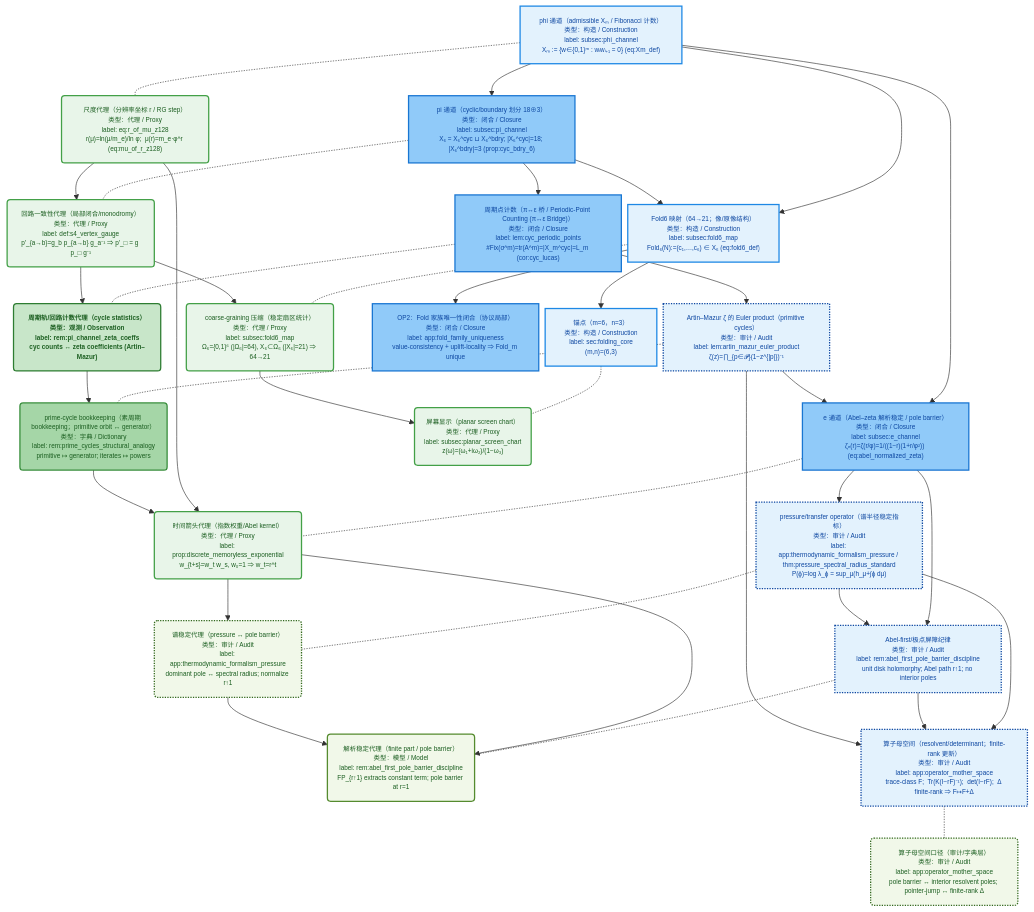
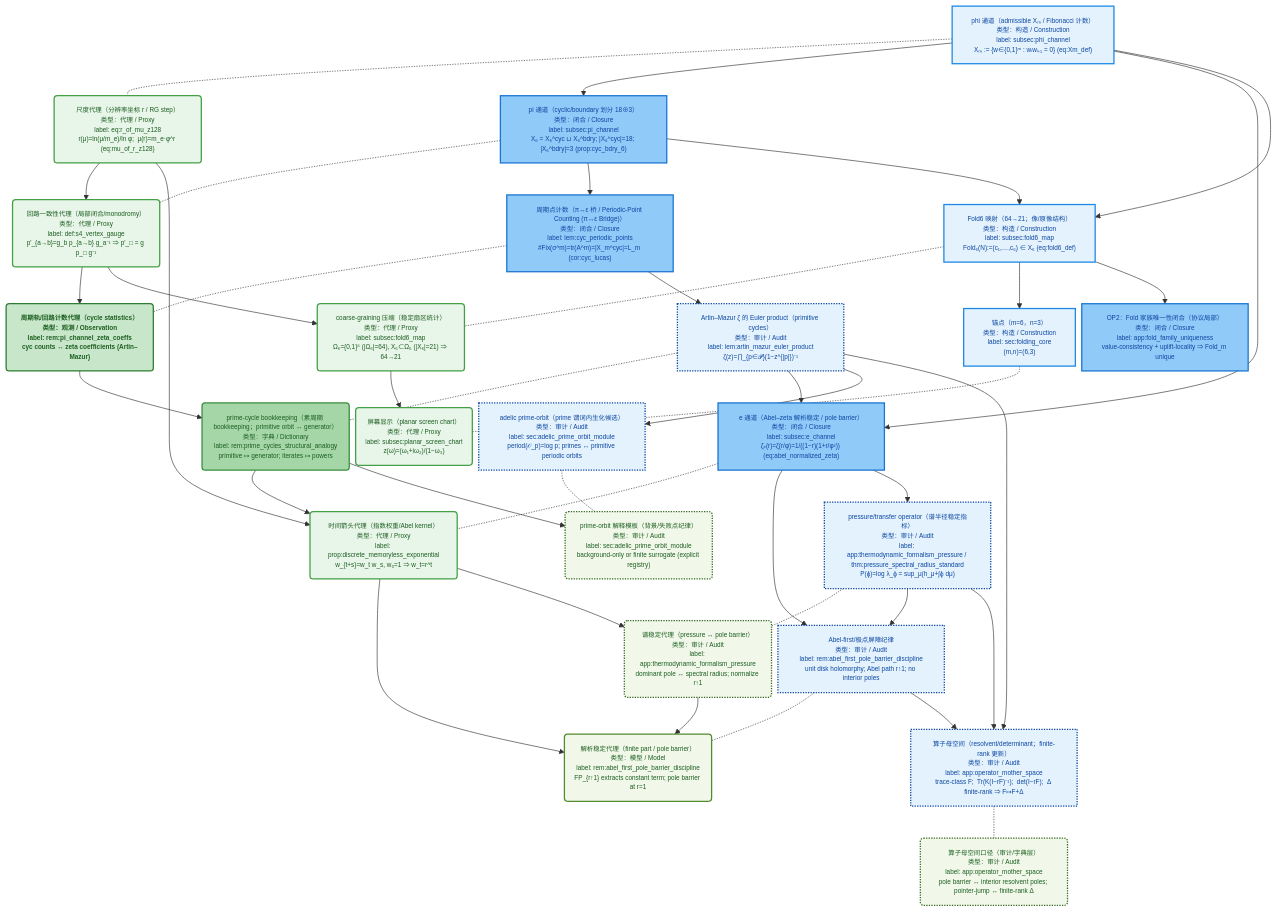
Before and after one commit to loning/the-omega: the second of 13 diagrams in docs/papers/2025_z128_standard_model_stable_sector_hpa_omega/architecture_dag.md, drawn with Mermaid. The commit also changed other lines of this file and 13 other files, not shown here.

First line of the commit message:
Add new sections on embedding and projection readout, cut-and-project geometry, octonionic internal phase lifts, adelic prime-orbit module, and discrete-scan dispersion

````diff
--- a/docs/papers/2025_z128_standard_model_stable_sector_hpa_omega/architecture_dag.md
+++ b/docs/papers/2025_z128_standard_model_stable_sector_hpa_omega/architecture_dag.md
@@ -147,6 +160,10 @@
   M_am_euler["Artin–Mazur ζ 的 Euler product（primitive cycles）<br/>类型：审计 / Audit<br/>label: lem:artin_mazur_euler_product<br/>ζ(z)=∏_{p∈𝓟}(1−z^{|p|})⁻¹"]
   P_am_euler("prime-cycle bookkeeping（素周期 bookkeeping；primitive orbit ↔ generator）<br/>类型：字典 / Dictionary<br/>label: rem:prime_cycles_structural_analogy<br/>primitive ↦ generator; iterates ↦ powers")
   M_am_euler -.- P_am_euler
+
+  M_adelic_prime_orbit["adelic prime-orbit（prime 谓词内生化候选）<br/>类型：审计 / Audit<br/>label: sec:adelic_prime_orbit_module<br/>period(𝒪_p)=log p; primes ↔ primitive periodic orbits"]
+  P_adelic_prime_orbit("prime-orbit 解释模板（背景/失败点纪律）<br/>类型：审计 / Audit<br/>label: sec:adelic_prime_orbit_module<br/>background-only or finite surrogate (explicit registry)")
+  M_adelic_prime_orbit -.- P_adelic_prime_orbit
 
   M_pressure["pressure/transfer operator（谱半径稳定指标）<br/>类型：审计 / Audit<br/>label: app:thermodynamic_formalism_pressure / thm:pressure_spectral_radius_standard<br/>P(ϕ)=log λ_ϕ = sup_μ(h_μ+∫ϕ dμ)"]
   P_pressure("谱稳定代理（pressure ↔ pole barrier）<br/>类型：审计 / Audit<br/>label: app:thermodynamic_formalism_pressure<br/>dominant pole ↔ spectral radius; normalize r↑1")
@@ -177,6 +194,7 @@
   M_phi --> M_pi
   M_phi --> M_e
   M_pi --> M_periodic --> M_am_euler --> M_e
+  M_am_euler --> M_adelic_prime_orbit
   M_e --> M_abel
   M_e --> M_pressure --> M_abel
   M_pressure --> M_operator_mother
@@ -187,6 +205,7 @@
   P_phi --> P_e
   P_pi --> P_periodic
   P_periodic --> P_am_euler --> P_e
+  P_am_euler --> P_adelic_prime_orbit
   P_e --> P_abel
   P_e --> P_pressure --> P_abel
   P_pi --> P_fold
@@ -214,12 +233,12 @@
 
   class M_phi,M_fold,M_anchor math_construct;
   class M_pi,M_periodic,M_e,M_op2_fold_uniqueness math_closure;
-  class M_abel,M_am_euler,M_pressure math_audit;
+  class M_abel,M_am_euler,M_pressure,M_adelic_prime_orbit math_audit;
   class M_operator_mother math_audit;
   class P_phi,P_pi,P_e,P_fold,P_screen phys_proxy;
   class P_periodic phys_obs;
   class P_am_euler phys_dict;
   class P_abel phys_model;
-  class P_pressure phys_audit;
+  class P_pressure,P_adelic_prime_orbit phys_audit;
   class P_operator_mother phys_audit;
 ```
````
